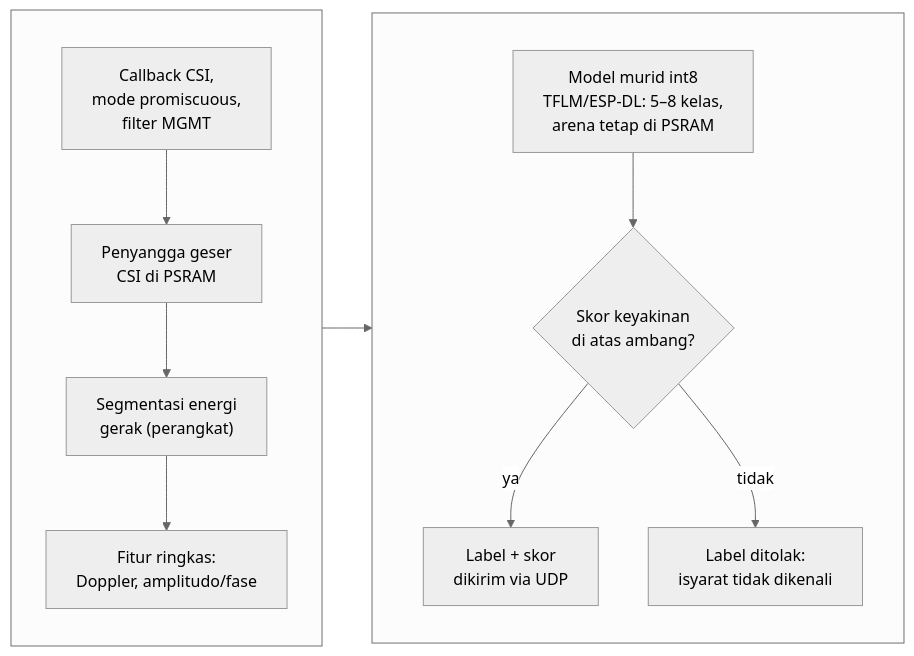
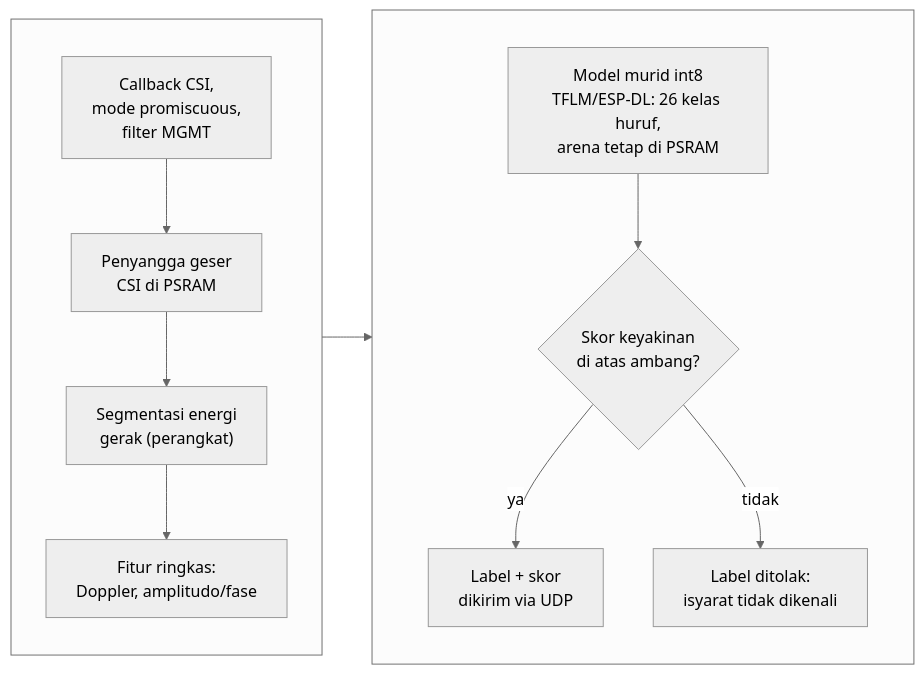
One commit to ILoveTahuTek/skripsi changed the seventh of 8 diagrams in download/translator-sibi-final/draft-final.md. Above: the diagram before and after it, drawn with Mermaid (neutral theme). The commit also changed other lines of this file and 15 other files, not shown here.

````diff
--- a/download/translator-sibi-final/draft-final.md
+++ b/download/translator-sibi-final/draft-final.md
@@ -623,24 +623,24 @@
 ```mermaid
 flowchart LR
     subgraph R1[" "]
         direction TB
         CSI["Callback CSI,<br/>mode promiscuous,<br/>filter MGMT"]
         BUF["Penyangga geser<br/>CSI di PSRAM"]
         SEG["Segmentasi energi<br/>gerak (perangkat)"]
         FT["Fitur ringkas:<br/>Doppler, amplitudo/fase"]
         CSI --> BUF
         BUF --> SEG
         SEG --> FT
     end
     subgraph R2[" "]
         direction TB
-        MOD["Model murid int8<br/>TFLM/ESP-DL: 5–8 kelas,<br/>arena tetap di PSRAM"]
+        MOD["Model murid int8<br/>TFLM/ESP-DL: 26 kelas huruf,<br/>arena tetap di PSRAM"]
         DEC{"Skor keyakinan<br/>di atas ambang?"}
         OUT["Label + skor<br/>dikirim via UDP"]
         RJ["Label ditolak:<br/>isyarat tidak dikenali"]
         MOD --> DEC
         DEC -- "ya" --> OUT
         DEC -- "tidak" --> RJ
     end
     R1 --> R2
 ```
````
